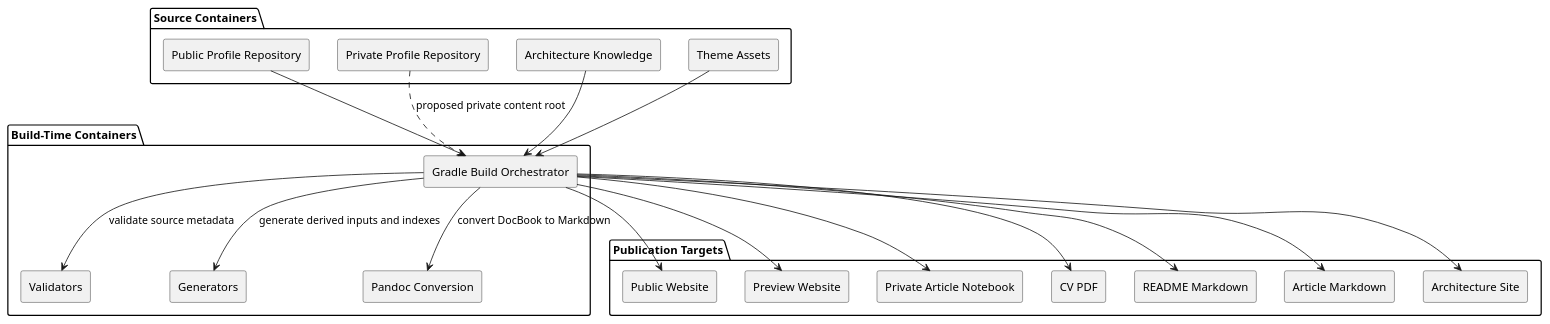
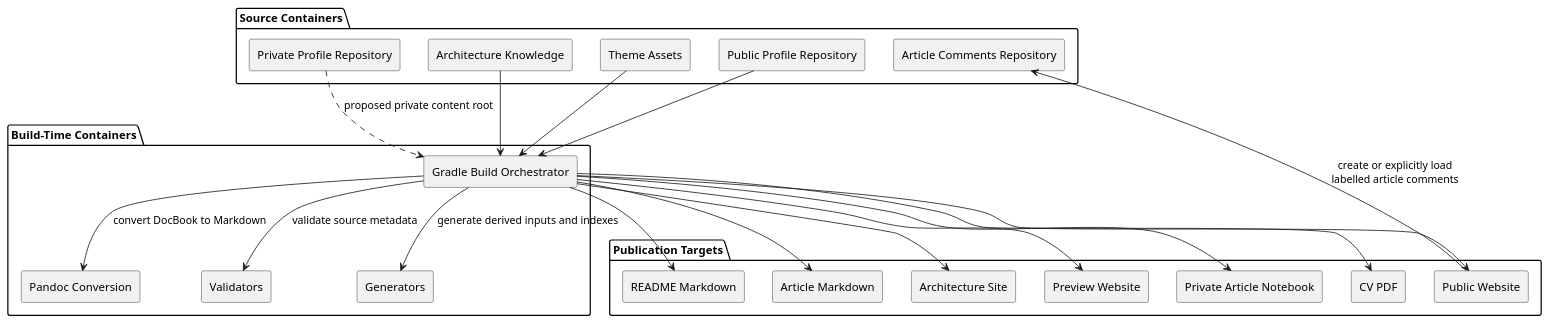
Before and after one commit to dieterbaier/profile: the second of 3 diagrams in src-content/docs/arc42/doc-05000-building-block-view.adoc, drawn with PlantUML.

Commit message:
issue_44: Add comments repository diagram

```diff
--- a/src-content/docs/arc42/doc-05000-building-block-view.adoc
+++ b/src-content/docs/arc42/doc-05000-building-block-view.adoc
@@ -53,45 +53,47 @@
 [plantuml]
 ----
 @startuml
 skinparam componentStyle rectangle
 
 package "Source Containers" {
   [Public Profile Repository] as PublicRepo
+  [Article Comments Repository] as CommentsRepo
   [Private Profile Repository] as PrivateRepo
   [Architecture Knowledge] as Architecture
   [Theme Assets] as Theme
 }
 
 package "Build-Time Containers" {
   [Gradle Build Orchestrator] as Gradle
   [Validators] as Validators
   [Generators] as Generators
   [Pandoc Conversion] as Pandoc
 }
 
 package "Publication Targets" {
   [Public Website] as PublicSite
   [Preview Website] as PreviewSite
   [Private Article Notebook] as PrivateSite
   [CV PDF] as CV
   [README Markdown] as Readme
   [Article Markdown] as ArticleMarkdown
   [Architecture Site] as ArchitectureSite
 }
 
 PublicRepo --> Gradle
 PrivateRepo ..> Gradle : proposed private content root
 Architecture --> Gradle
 Theme --> Gradle
 Gradle --> Validators : validate source metadata
 Gradle --> Generators : generate derived inputs and indexes
 Gradle --> Pandoc : convert DocBook to Markdown
 Gradle --> PublicSite
 Gradle --> PreviewSite
 Gradle --> PrivateSite
 Gradle --> CV
 Gradle --> Readme
 Gradle --> ArticleMarkdown
 Gradle --> ArchitectureSite
+PublicSite --> CommentsRepo : create or explicitly load\nlabelled article comments
 @enduml
 ----
```
